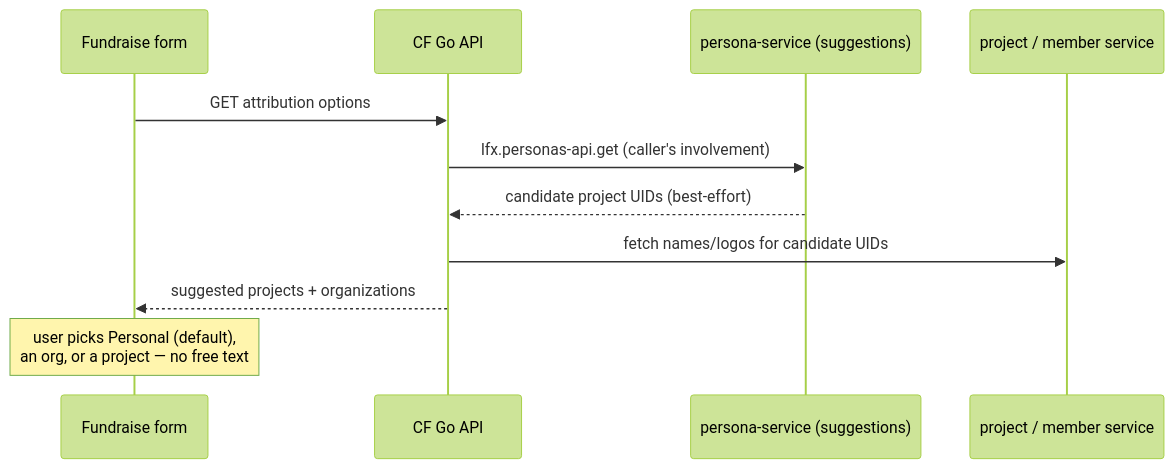
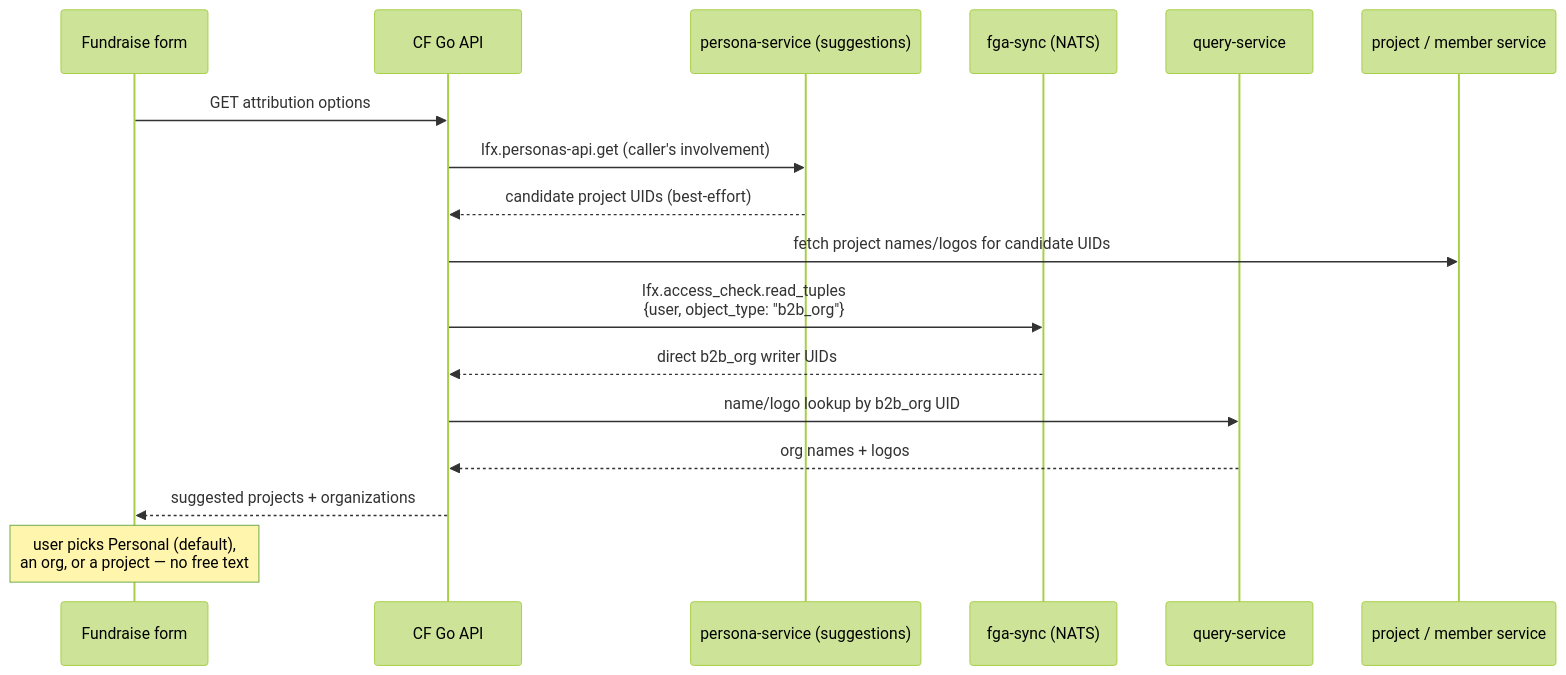
Before and after one commit to linuxfoundation/lfx-crowdfunding: the fourth of 4 diagrams in backend/docs/rewrite/11-initiative-attribution-and-access.md, drawn with Mermaid (forest theme). The commit also changed other lines of this file, not shown here.

First line of the commit message:
docs(rewrite): resolve org picker source (OQ4a), flag NATS/query-service transit gaps

````diff
--- a/backend/docs/rewrite/11-initiative-attribution-and-access.md
+++ b/backend/docs/rewrite/11-initiative-attribution-and-access.md
@@ -266,14 +293,20 @@
 ```mermaid
 sequenceDiagram
     participant FE as Fundraise form
     participant API as CF Go API
     participant AF as persona-service (suggestions)
+    participant FS as fga-sync (NATS)
+    participant QS as query-service
     participant PS as project / member service
 
     FE->>API: GET attribution options
     API->>AF: lfx.personas-api.get (caller's involvement)
     AF-->>API: candidate project UIDs (best-effort)
-    API->>PS: fetch names/logos for candidate UIDs
+    API->>PS: fetch project names/logos for candidate UIDs
+    API->>FS: lfx.access_check.read_tuples<br/>{user, object_type: "b2b_org"}
+    FS-->>API: direct b2b_org writer UIDs
+    API->>QS: name/logo lookup by b2b_org UID
+    QS-->>API: org names + logos
     API-->>FE: suggested projects + organizations
     Note over FE: user picks Personal (default),<br/>an org, or a project — no free text
 ```
````
